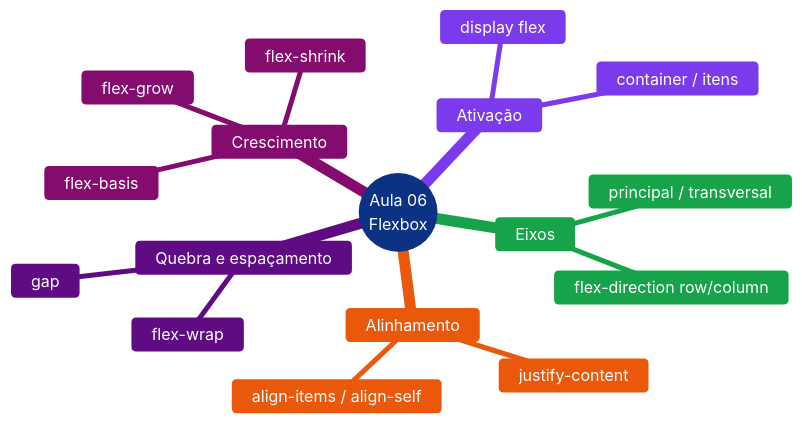
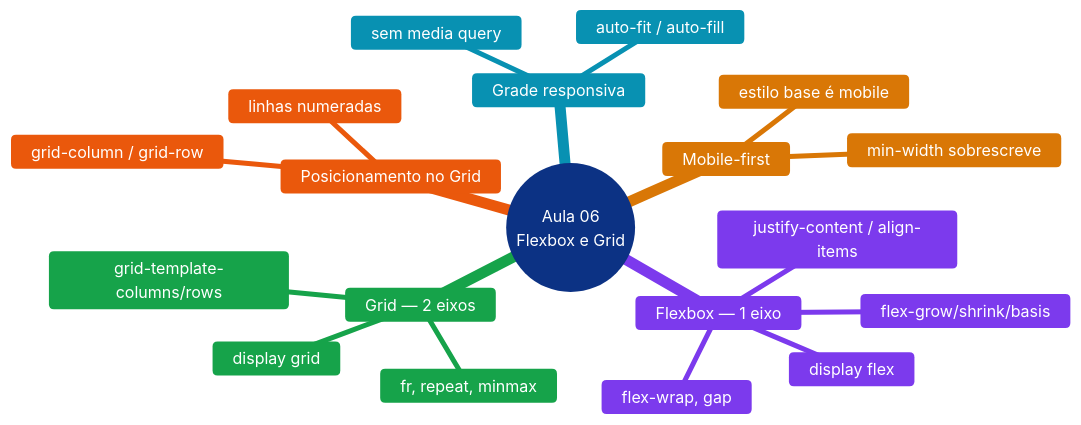
The diagram in aula-06/diagramas/02-resumo-aula-06.mmd (gustavocolombelli/uniguacu-web-dev), drawn with Mermaid before and after one commit. The commit also changed 31 other files, not shown here.

```diff
--- a/aula-06/diagramas/02-resumo-aula-06.mmd
+++ b/aula-06/diagramas/02-resumo-aula-06.mmd
@@ -1,32 +1,36 @@
 %%{init: {'theme':'base', 'themeVariables': {
   'primaryColor': '#2563EB',
   'primaryTextColor': '#FFFFFF',
   'primaryBorderColor': '#1D4ED8',
   'secondaryColor': '#7C3AED',
   'secondaryTextColor': '#FFFFFF',
   'tertiaryTextColor': '#6B7280',
   'lineColor': '#6B7280',
   'textColor': '#6B7280',
   'cScale0': '#2563EB', 'cScaleLabel0': '#FFFFFF',
   'cScale1': '#7C3AED', 'cScaleLabel1': '#FFFFFF',
   'cScale2': '#16A34A', 'cScaleLabel2': '#FFFFFF',
-  'cScale3': '#EA580C', 'cScaleLabel3': '#FFFFFF'
+  'cScale3': '#EA580C', 'cScaleLabel3': '#FFFFFF',
+  'cScale4': '#0891B2', 'cScaleLabel4': '#FFFFFF',
+  'cScale5': '#D97706', 'cScaleLabel5': '#FFFFFF'
 }}}%%
 mindmap
-  root((Aula 06<br/>Flexbox))
-    Ativação
+  root((Aula 06<br/>Flexbox e Grid))
+    Flexbox — 1 eixo
       display flex
-      container / itens
-    Eixos
-      flex-direction row/column
-      principal / transversal
-    Alinhamento
-      justify-content
-      align-items / align-self
-    Quebra e espaçamento
-      flex-wrap
-      gap
-    Crescimento
-      flex-grow
-      flex-shrink
-      flex-basis
+      justify-content / align-items
+      flex-wrap, gap
+      flex-grow/shrink/basis
+    Grid — 2 eixos
+      display grid
+      grid-template-columns/rows
+      fr, repeat, minmax
+    Posicionamento no Grid
+      linhas numeradas
+      grid-column / grid-row
+    Grade responsiva
+      auto-fit / auto-fill
+      sem media query
+    Mobile-first
+      estilo base é mobile
+      min-width sobrescreve
```
